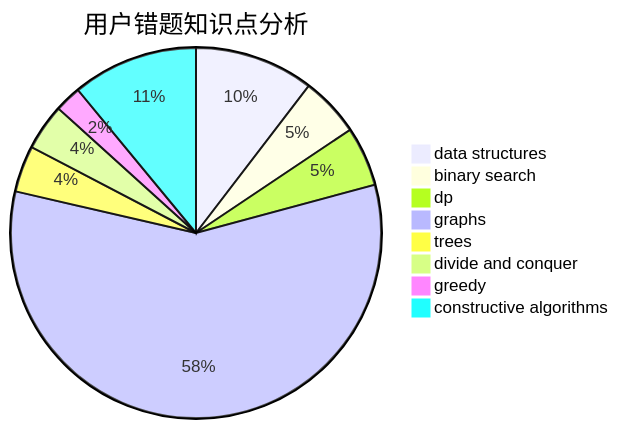
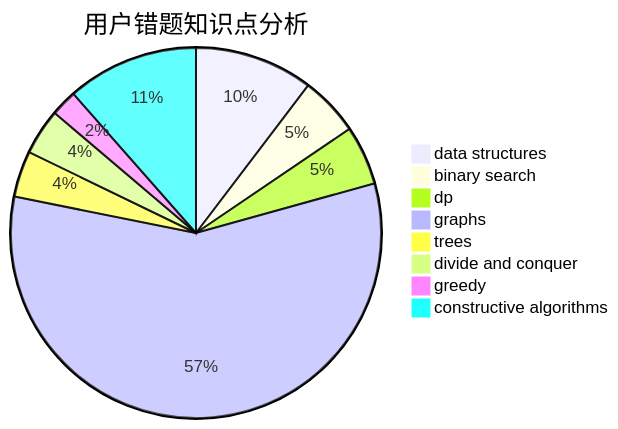
Before and after one commit to sherpahu/cfrs.github.io: the third of 3 diagrams in docs/user/u893.md, drawn with Mermaid. The commit also changed other lines of this file and 2770 other files, not shown here.

````diff
--- a/docs/user/u893.md
+++ b/docs/user/u893.md
@@ -36,11 +36,11 @@
 ```mermaid
 pie title 用户错题知识点分析
     "data structures" :  18
     "binary search" :  9
     "dp" :  9
     "graphs" :  100
     "trees" :  7
     "divide and conquer" :  7
     "greedy" :  4
-    "constructive algorithms" :  19
+    "constructive algorithms" :  20
 ```
````
